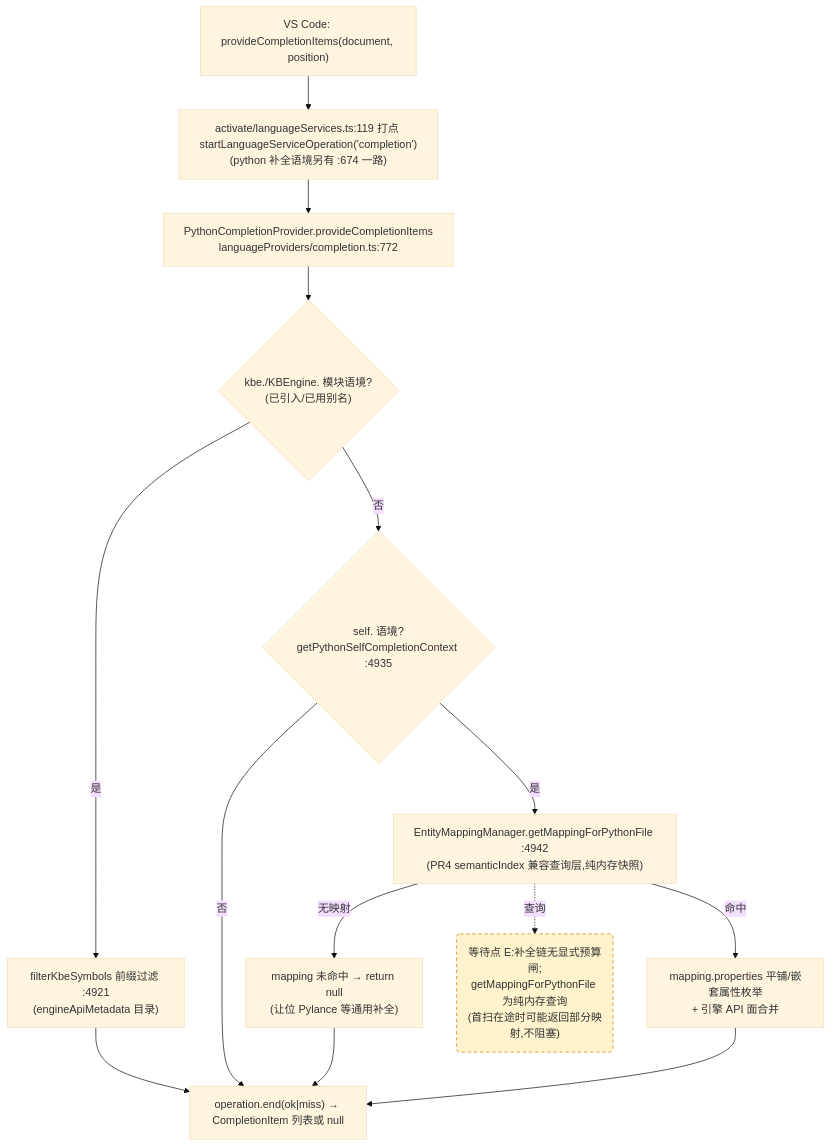
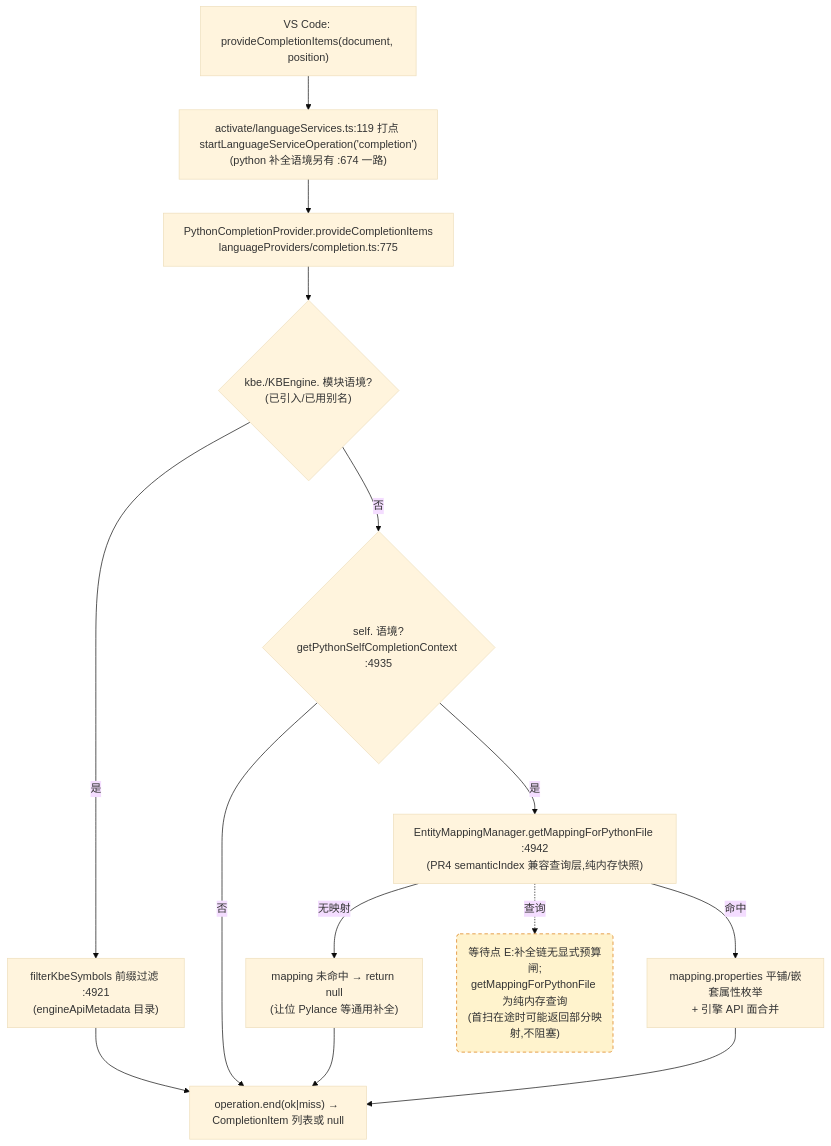
The third of 4 diagrams in docs/perf/2026-baseline.md (cuihairu/kode), drawn with Mermaid (base theme) before and after one commit. The commit also changed other lines of this file and 7 other files, not shown here.

````diff
--- a/docs/perf/2026-baseline.md
+++ b/docs/perf/2026-baseline.md
@@ -184,27 +184,27 @@
 ```mermaid
 flowchart TD
   VC3["VS Code: provideCompletionItems(document, position)"]
   M3["activate/languageServices.ts:119 打点 startLanguageServiceOperation('completion')<br/>(python 补全语境另有 :674 一路)"]
-  CP["PythonCompletionProvider.provideCompletionItems<br/>languageProviders/completion.ts:772"]
+  CP["PythonCompletionProvider.provideCompletionItems<br/>languageProviders/completion.ts:775"]
   KBEC{"kbe./KBEngine. 模块语境?<br/>(已引入/已用别名)"}
   FILTER["filterKbeSymbols 前缀过滤 :4921<br/>(engineApiMetadata 目录)"]
   SELFC{"self. 语境?<br/>getPythonSelfCompletionContext :4935"}
   MAP["EntityMappingManager.getMappingForPythonFile :4942<br/>(PR4 semanticIndex 兼容查询层,纯内存快照)"]
   NOMAP["mapping 未命中 → return null<br/>(让位 Pylance 等通用补全)"]
   PROPS["mapping.properties 平铺/嵌套属性枚举<br/>+ 引擎 API 面合并"]
   END3["operation.end(ok|miss) → CompletionItem 列表或 null"]
 
   VC3 --> M3 --> CP --> KBEC
   KBEC -- "是" --> FILTER --> END3
   KBEC -- "否" --> SELFC
   SELFC -- "否" --> END3
   SELFC -- "是" --> MAP
   MAP -- "无映射" --> NOMAP --> END3
   MAP -- "命中" --> PROPS --> END3
 
   WAITE("等待点 E:补全链无显式预算闸;<br/>getMappingForPythonFile 为纯内存查询<br/>(首扫在途时可能返回部分映射,不阻塞)")
   MAP -.->|查询| WAITE
 
   classDef waitPoint fill:#fff3cd,stroke:#d97706,stroke-dasharray:5 4;
   class WAITE waitPoint;
 ```
````
